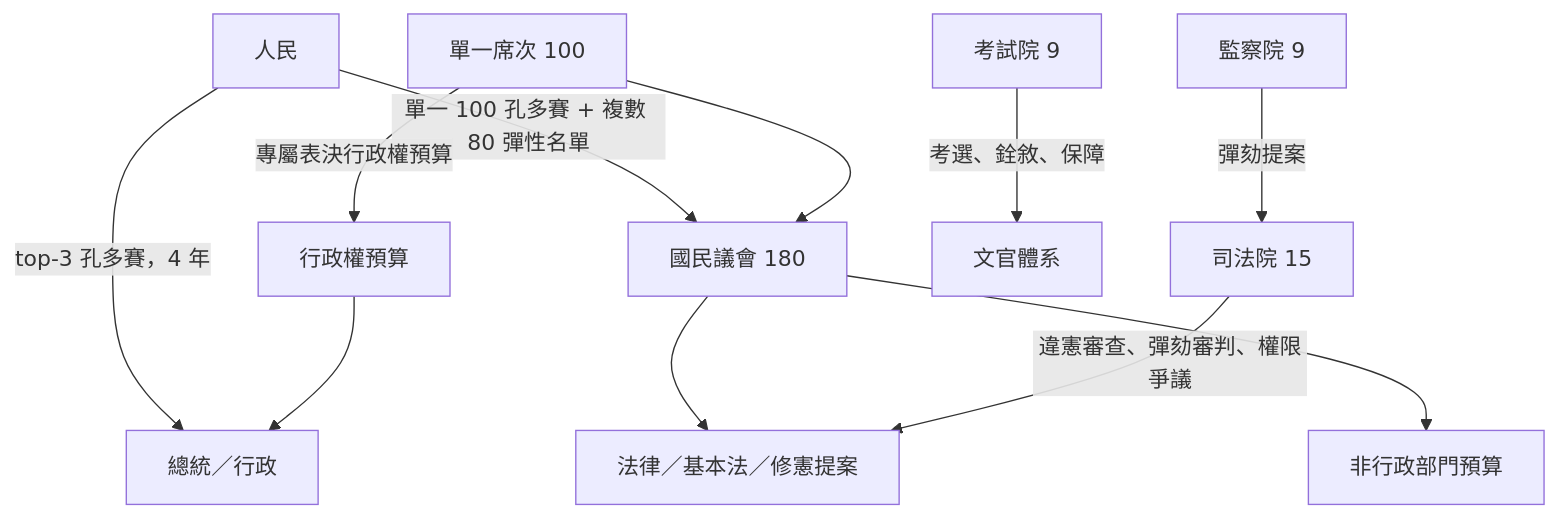
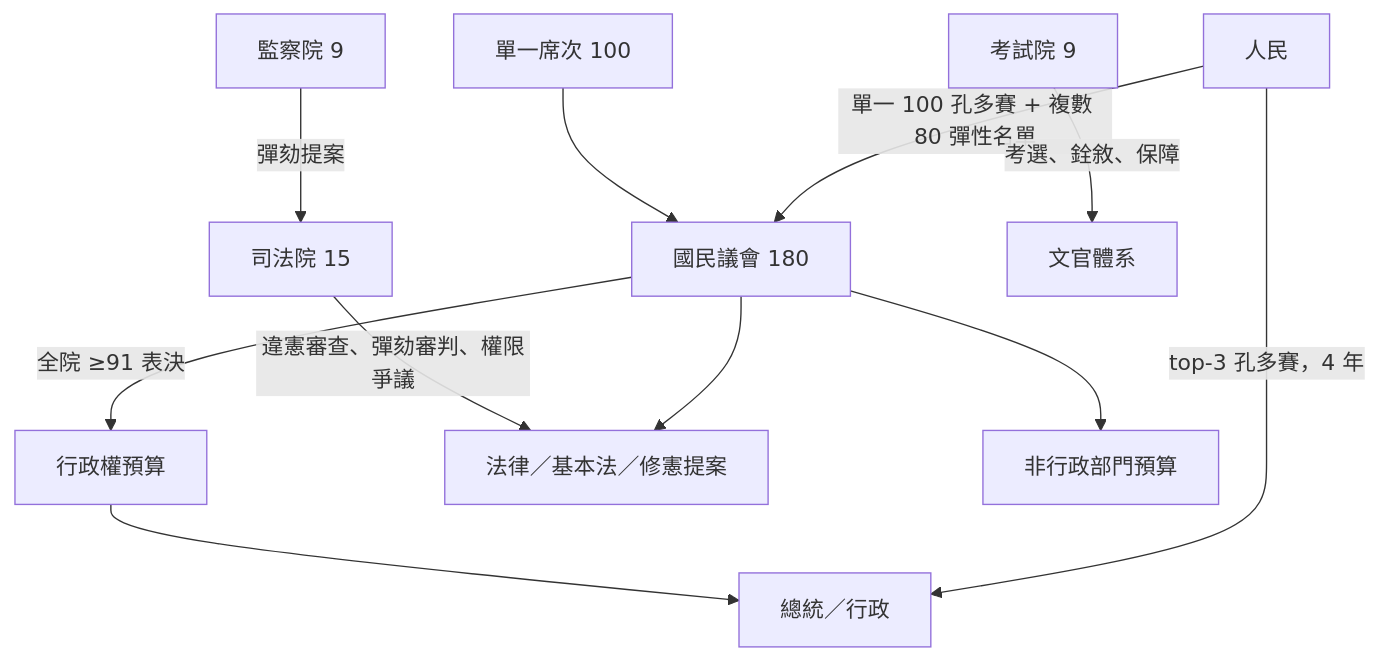
The first of 10 diagrams in topics/regime-designs/designs/台灣/一院總統制/憲政架構圖.md (IRonROOT578/Political-Economy-Research-Public), drawn with Mermaid before and after one commit. The commit also changed other lines of this file and 241 other files, not shown here.

````diff
--- a/topics/regime-designs/designs/台灣/一院總統制/憲政架構圖.md
+++ b/topics/regime-designs/designs/台灣/一院總統制/憲政架構圖.md
@@ -7,17 +7,17 @@
 ```mermaid
 flowchart TD
   People[人民]
   People -->|top-3 孔多賽，4 年| Pres[總統／行政]
   People -->|單一 100 孔多賽 + 複數 80 彈性名單| NA[國民議會 180]
   SMD[單一席次 100] --> NA
-  SMD -->|專屬表決行政權預算| Budget[行政權預算]
+  NA -->|全院 ≥91 表決| Budget[行政權預算]
   Budget --> Pres
   NA --> Law[法律／基本法／修憲提案]
   NA --> OthBud[非行政部門預算]
   J[司法院 15]
   S[監察院 9]
   E[考試院 9]
   S -->|彈劾提案| J
   J -->|違憲審查、彈劾審判、權限爭議| Law
   E -->|考選、銓敘、保障| Civil[文官體系]
 ```
````
